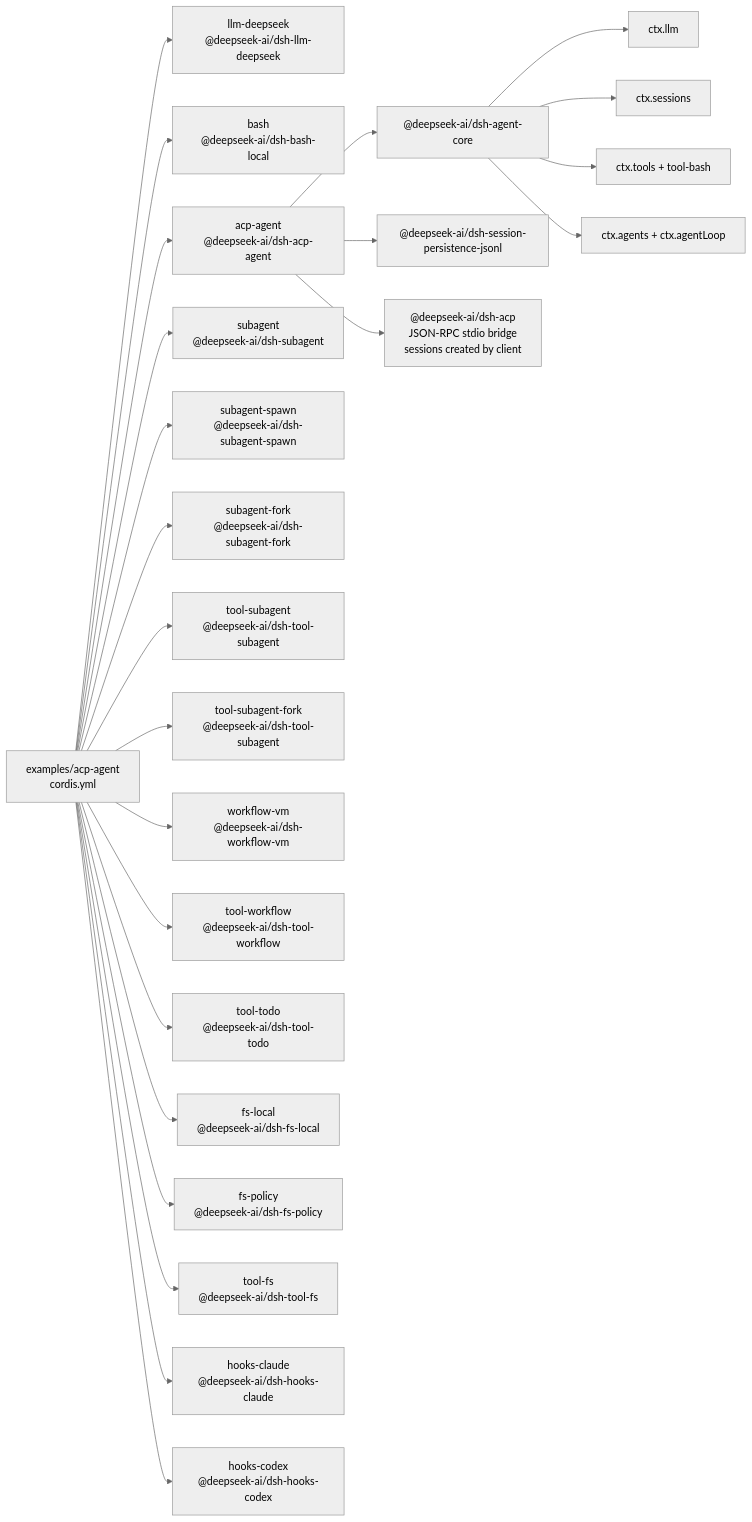
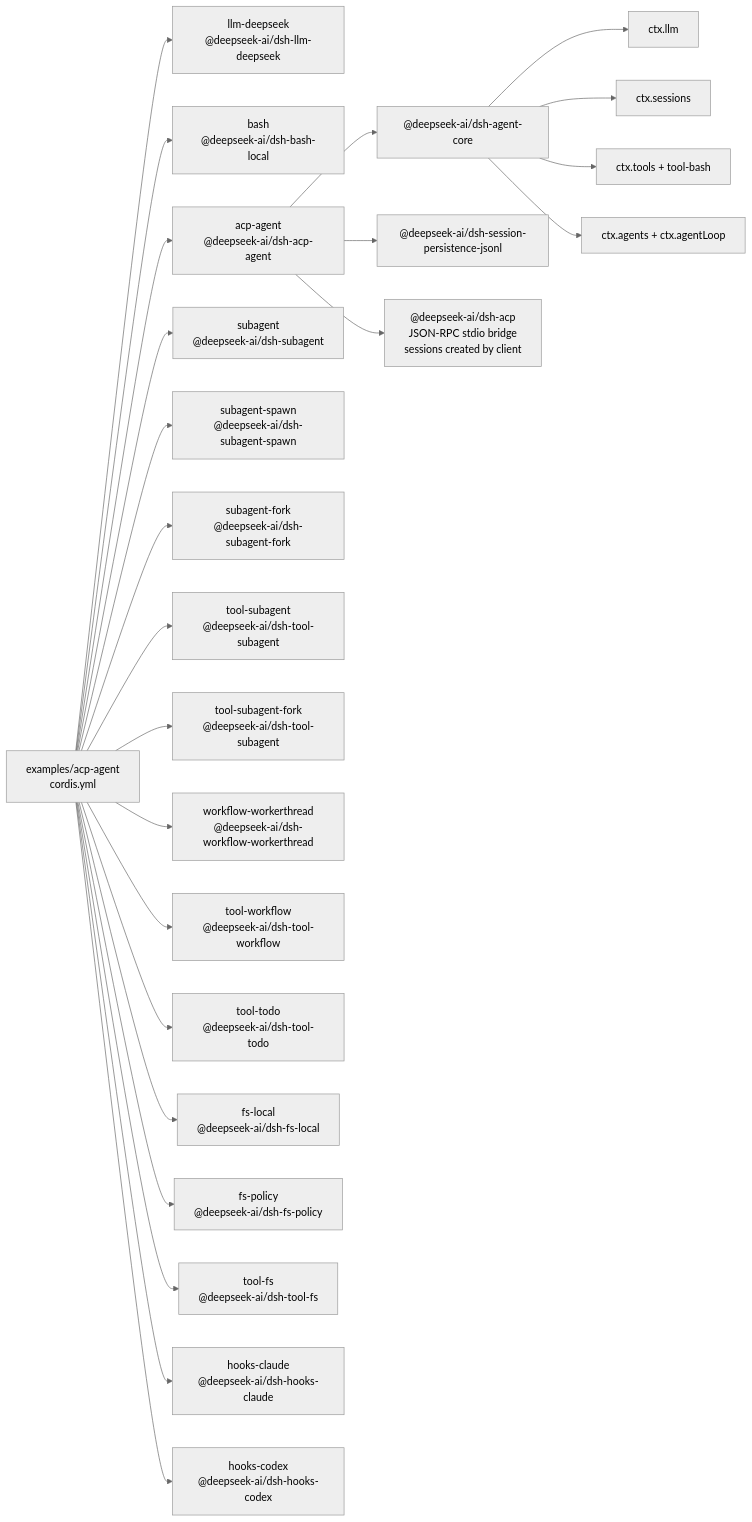
One commit to 007M7/DeepCode changed the diagram in examples/acp-agent/composition.md. Above: the diagram before and after it, drawn with Mermaid (neutral theme). The commit also changed other lines of this file and 42 other files, not shown here.

First line of the commit message:
workflow: rename dsh-workflow-vm to dsh-workflow-workerthread

````diff
--- a/examples/acp-agent/composition.md
+++ b/examples/acp-agent/composition.md
@@ -8,43 +8,43 @@
 ```mermaid
 flowchart LR
   cfg["examples/acp-agent<br/>cordis.yml"]
   plugin_acp_llm_deepseek["llm-deepseek<br/>@deepseek-ai/dsh-llm-deepseek"]
   cfg --> plugin_acp_llm_deepseek
   plugin_acp_bash["bash<br/>@deepseek-ai/dsh-bash-local"]
   cfg --> plugin_acp_bash
   plugin_acp_acp_agent["acp-agent<br/>@deepseek-ai/dsh-acp-agent"]
   cfg --> plugin_acp_acp_agent
   plugin_acp_acp_agent --> bundle_agent_core["@deepseek-ai/dsh-agent-core"]
   plugin_acp_acp_agent --> bundle_jsonl["@deepseek-ai/dsh-session-persistence-jsonl"]
   plugin_acp_acp_agent --> frontdoor_acp["@deepseek-ai/dsh-acp<br/>JSON-RPC stdio bridge<br/>sessions created by client"]
   bundle_agent_core --> spine_llm["ctx.llm"]
   bundle_agent_core --> spine_sessions["ctx.sessions"]
   bundle_agent_core --> spine_tools["ctx.tools + tool-bash"]
   bundle_agent_core --> spine_loop["ctx.agents + ctx.agentLoop"]
   plugin_acp_subagent["subagent<br/>@deepseek-ai/dsh-subagent"]
   cfg --> plugin_acp_subagent
   plugin_acp_subagent_spawn["subagent-spawn<br/>@deepseek-ai/dsh-subagent-spawn"]
   cfg --> plugin_acp_subagent_spawn
   plugin_acp_subagent_fork["subagent-fork<br/>@deepseek-ai/dsh-subagent-fork"]
   cfg --> plugin_acp_subagent_fork
   plugin_acp_tool_subagent["tool-subagent<br/>@deepseek-ai/dsh-tool-subagent"]
   cfg --> plugin_acp_tool_subagent
   plugin_acp_tool_subagent_fork["tool-subagent-fork<br/>@deepseek-ai/dsh-tool-subagent"]
   cfg --> plugin_acp_tool_subagent_fork
-  plugin_acp_workflow_vm["workflow-vm<br/>@deepseek-ai/dsh-workflow-vm"]
-  cfg --> plugin_acp_workflow_vm
+  plugin_acp_workflow_workerthread["workflow-workerthread<br/>@deepseek-ai/dsh-workflow-workerthread"]
+  cfg --> plugin_acp_workflow_workerthread
   plugin_acp_tool_workflow["tool-workflow<br/>@deepseek-ai/dsh-tool-workflow"]
   cfg --> plugin_acp_tool_workflow
   plugin_acp_tool_todo["tool-todo<br/>@deepseek-ai/dsh-tool-todo"]
   cfg --> plugin_acp_tool_todo
   plugin_acp_fs_local["fs-local<br/>@deepseek-ai/dsh-fs-local"]
   cfg --> plugin_acp_fs_local
   plugin_acp_fs_policy["fs-policy<br/>@deepseek-ai/dsh-fs-policy"]
   cfg --> plugin_acp_fs_policy
   plugin_acp_tool_fs["tool-fs<br/>@deepseek-ai/dsh-tool-fs"]
   cfg --> plugin_acp_tool_fs
   plugin_acp_hooks_claude["hooks-claude<br/>@deepseek-ai/dsh-hooks-claude"]
   cfg --> plugin_acp_hooks_claude
   plugin_acp_hooks_codex["hooks-codex<br/>@deepseek-ai/dsh-hooks-codex"]
   cfg --> plugin_acp_hooks_codex
 ```
````
